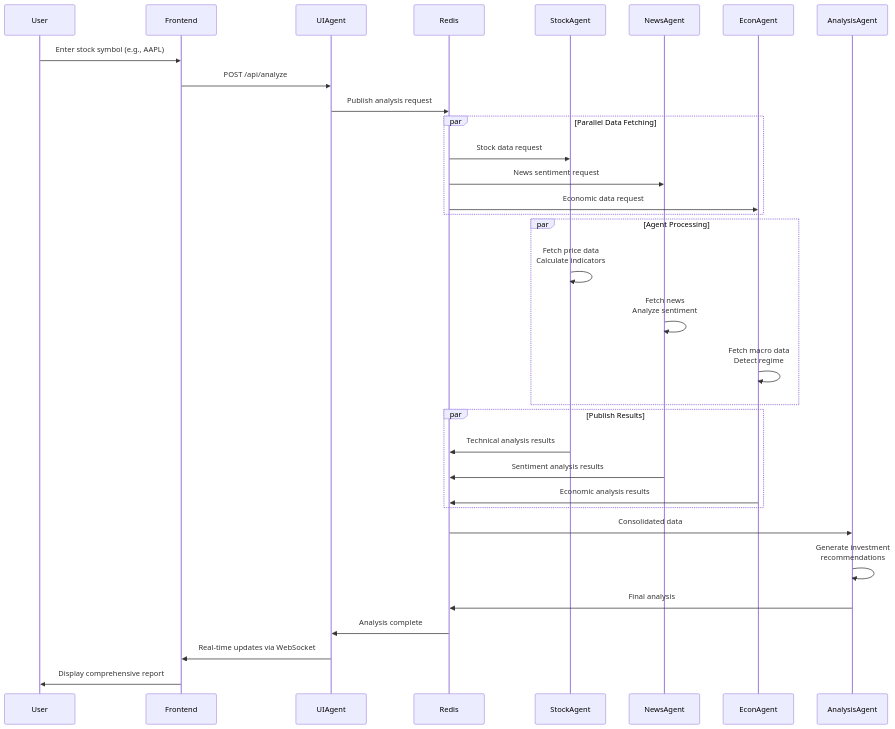
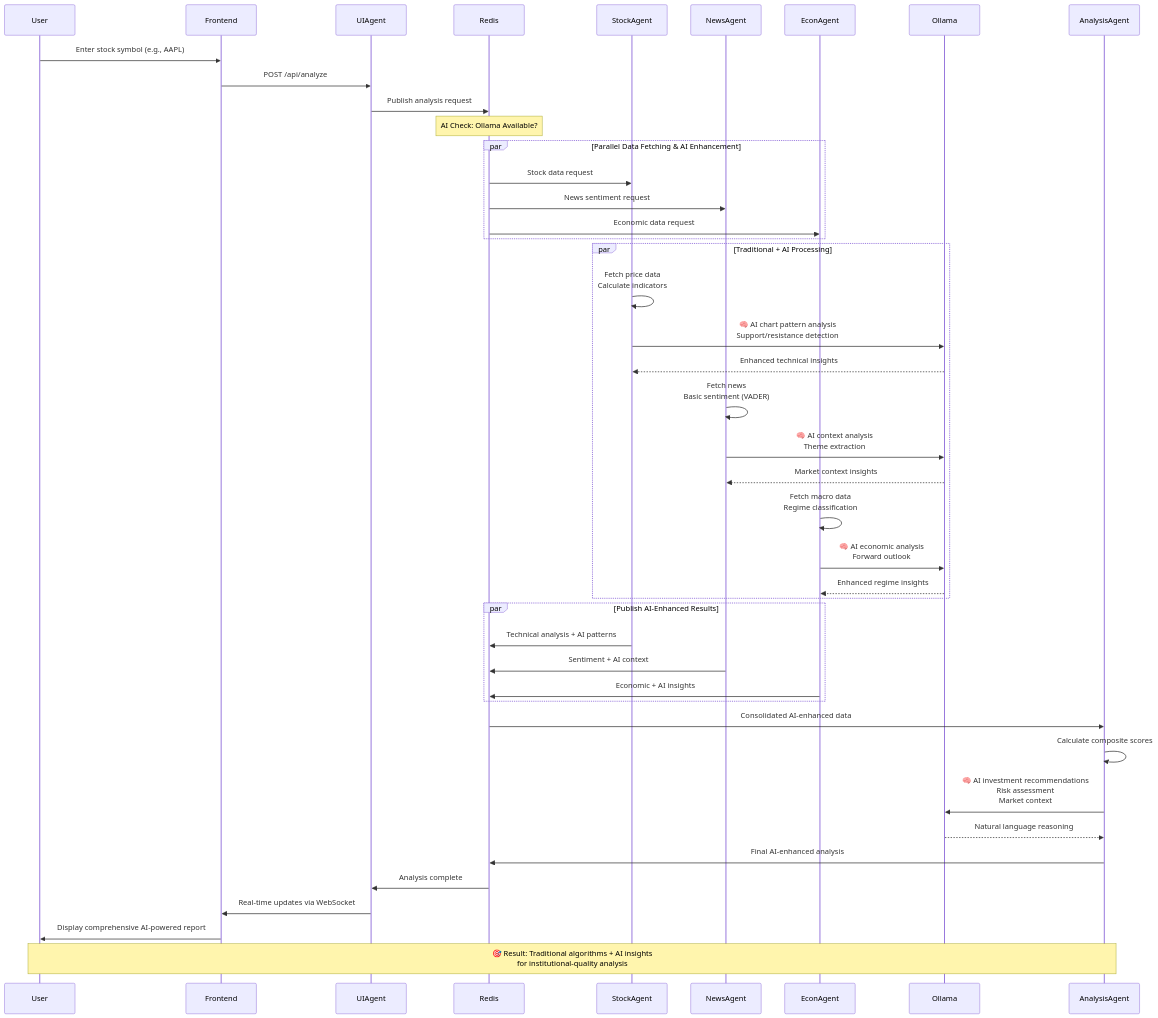
Before and after one commit to iamsudhanshu/stock-analyzer: the second of 3 diagrams in README.md, drawn with Mermaid. The commit also changed other lines of this file and 10 other files, not shown here.

First line of the commit message:
🧠 Major AI Enhancement: Integrate Ollama for Local LLM-Powered Analysis

````diff
--- a/README.md
+++ b/README.md
@@ -74,40 +126,55 @@
 ```mermaid
 sequenceDiagram
     participant User
     participant Frontend
     participant UIAgent
     participant Redis
     participant StockAgent
     participant NewsAgent
     participant EconAgent
+    participant Ollama
     participant AnalysisAgent
     
     User->>Frontend: Enter stock symbol (e.g., AAPL)
     Frontend->>UIAgent: POST /api/analyze
     UIAgent->>Redis: Publish analysis request
     
-    par Parallel Data Fetching
+    Note over Redis: AI Check: Ollama Available?
+    
+    par Parallel Data Fetching & AI Enhancement
         Redis->>StockAgent: Stock data request
         Redis->>NewsAgent: News sentiment request  
         Redis->>EconAgent: Economic data request
     end
     
-    par Agent Processing
+    par Traditional + AI Processing
         StockAgent->>StockAgent: Fetch price data<br/>Calculate indicators
-        NewsAgent->>NewsAgent: Fetch news<br/>Analyze sentiment
-        EconAgent->>EconAgent: Fetch macro data<br/>Detect regime
+        StockAgent->>Ollama: 🧠 AI chart pattern analysis<br/>Support/resistance detection
+        Ollama-->>StockAgent: Enhanced technical insights
+        
+        NewsAgent->>NewsAgent: Fetch news<br/>Basic sentiment (VADER)
+        NewsAgent->>Ollama: 🧠 AI context analysis<br/>Theme extraction
+        Ollama-->>NewsAgent: Market context insights
+        
+        EconAgent->>EconAgent: Fetch macro data<br/>Regime classification
+        EconAgent->>Ollama: 🧠 AI economic analysis<br/>Forward outlook
+        Ollama-->>EconAgent: Enhanced regime insights
     end
     
-    par Publish Results
-        StockAgent->>Redis: Technical analysis results
-        NewsAgent->>Redis: Sentiment analysis results
-        EconAgent->>Redis: Economic analysis results
+    par Publish AI-Enhanced Results
+        StockAgent->>Redis: Technical analysis + AI patterns
+        NewsAgent->>Redis: Sentiment + AI context
+        EconAgent->>Redis: Economic + AI insights
     end
     
-    Redis->>AnalysisAgent: Consolidated data
-    AnalysisAgent->>AnalysisAgent: Generate investment<br/>recommendations
-    AnalysisAgent->>Redis: Final analysis
+    Redis->>AnalysisAgent: Consolidated AI-enhanced data
+    AnalysisAgent->>AnalysisAgent: Calculate composite scores
+    AnalysisAgent->>Ollama: 🧠 AI investment recommendations<br/>Risk assessment<br/>Market context
+    Ollama-->>AnalysisAgent: Natural language reasoning
+    AnalysisAgent->>Redis: Final AI-enhanced analysis
     Redis->>UIAgent: Analysis complete
     UIAgent->>Frontend: Real-time updates via WebSocket
-    Frontend->>User: Display comprehensive report
+    Frontend->>User: Display comprehensive AI-powered report
+    
+    Note over User,AnalysisAgent: 🎯 Result: Traditional algorithms + AI insights<br/>for institutional-quality analysis
 ```
````
